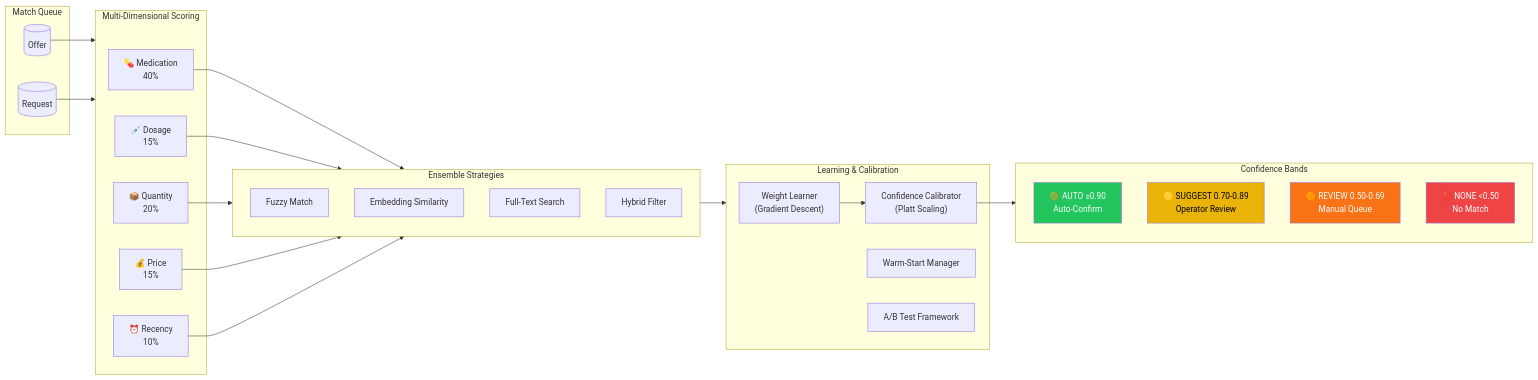
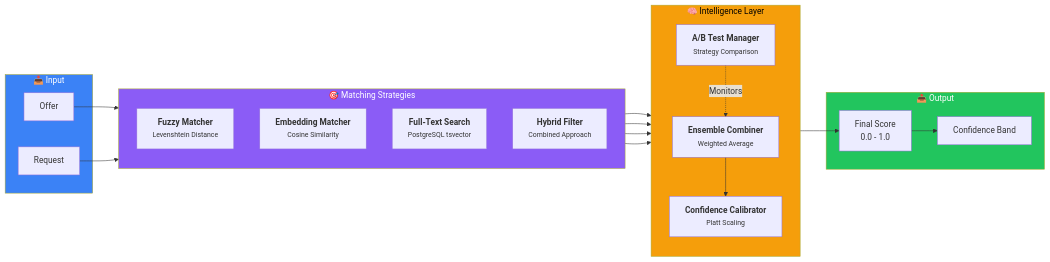
One commit to sabryio/pharma-broker changed the fourth of 5 diagrams in Readme.md. Above: the diagram before and after it, drawn with Mermaid. The commit also changed other lines of this file and 16 other files, not shown here.

````diff
--- a/Readme.md
+++ b/Readme.md
@@ -129,48 +307,40 @@
 ```mermaid
 flowchart LR
-    subgraph Input["Match Queue"]
-        OFFER[("Offer")]
-        REQUEST[("Request")]
+    subgraph Input["📥 Input"]
+        OFFER["Offer"]
+        REQUEST["Request"]
     end
 
-    subgraph Scoring["Multi-Dimensional Scoring"]
-        MED["💊 Medication<br/>40%"]
-        DOS["💉 Dosage<br/>15%"]
-        QTY["📦 Quantity<br/>20%"]
-        PRICE["💰 Price<br/>15%"]
-        REC["⏰ Recency<br/>10%"]
+    subgraph Strategies["🎯 Matching Strategies"]
+        direction TB
+        FUZZY["<b>Fuzzy Matcher</b><br/><small>Levenshtein Distance</small>"]
+        EMBED["<b>Embedding Matcher</b><br/><small>Cosine Similarity</small>"]
+        FTS["<b>Full-Text Search</b><br/><small>PostgreSQL tsvector</small>"]
+        HYBRID["<b>Hybrid Filter</b><br/><small>Combined Approach</small>"]
     end
 
-    subgraph Ensemble["Ensemble Strategies"]
-        FUZZY[Fuzzy Match]
-        EMBED[Embedding Similarity]
-        FTS[Full-Text Search]
-        HYBRID[Hybrid Filter]
+    subgraph Intelligence["🧠 Intelligence Layer"]
+        direction TB
+        ENSEMBLE["<b>Ensemble Combiner</b><br/><small>Weighted Average</small>"]
+        CAL["<b>Confidence Calibrator</b><br/><small>Platt Scaling</small>"]
+        ABTEST["<b>A/B Test Manager</b><br/><small>Strategy Comparison</small>"]
     end
 
-    subgraph Intelligence["Learning & Calibration"]
-        LEARNER["Weight Learner<br/>(Gradient Descent)"]
-        CAL["Confidence Calibrator<br/>(Platt Scaling)"]
-        WARM["Warm-Start Manager"]
-        ABTEST["A/B Test Framework"]
+    subgraph Output["📤 Output"]
+        SCORE["Final Score<br/>0.0 - 1.0"]
+        BAND["Confidence Band"]
     end
 
-    subgraph Output["Confidence Bands"]
-        AUTO["🟢 AUTO ≥0.90<br/>Auto-Confirm"]
-        SUG["🟡 SUGGEST 0.70-0.89<br/>Operator Review"]
-        REV["🟠 REVIEW 0.50-0.69<br/>Manual Queue"]
-        NONE["🔴 NONE <0.50<br/>No Match"]
-    end
+    OFFER --> Strategies
+    REQUEST --> Strategies
+    FUZZY & EMBED & FTS & HYBRID --> ENSEMBLE
+    ENSEMBLE --> CAL
+    ABTEST -.->|"Monitors"| ENSEMBLE
+    CAL --> SCORE
+    SCORE --> BAND
 
-    OFFER --> Scoring
-    REQUEST --> Scoring
-    MED & DOS & QTY & PRICE & REC --> Ensemble
-    Ensemble --> Intelligence
-    LEARNER --> CAL
-    CAL --> Output
-
-    style AUTO fill:#22c55e,color:#fff
-    style SUG fill:#eab308,color:#000
-    style REV fill:#f97316,color:#fff
-    style NONE fill:#ef4444,color:#fff
+    style Input fill:#3b82f6,color:#fff
+    style Output fill:#22c55e,color:#fff
+    style Strategies fill:#8b5cf6,color:#fff
+    style Intelligence fill:#f59e0b,color:#000
 ```
````
